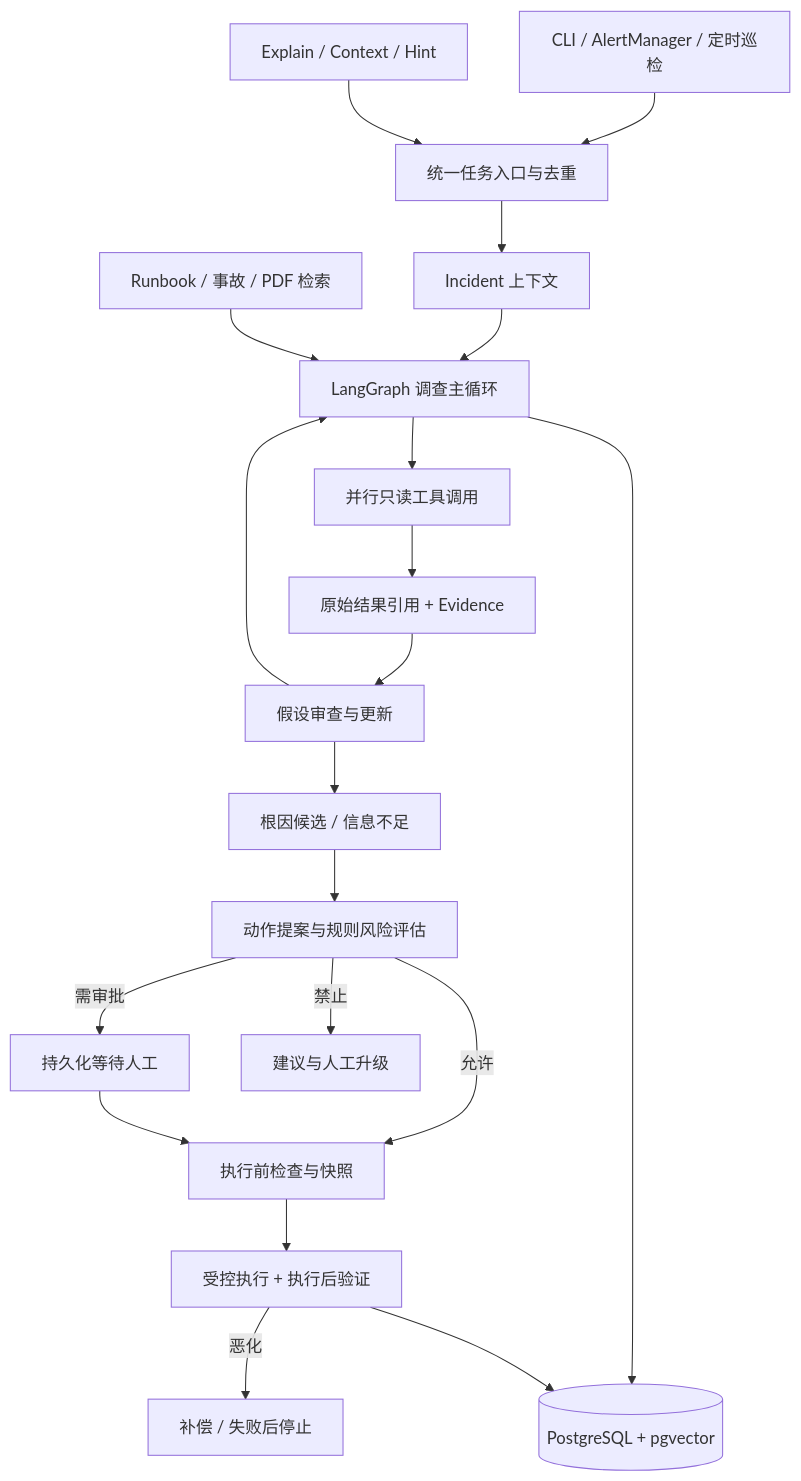
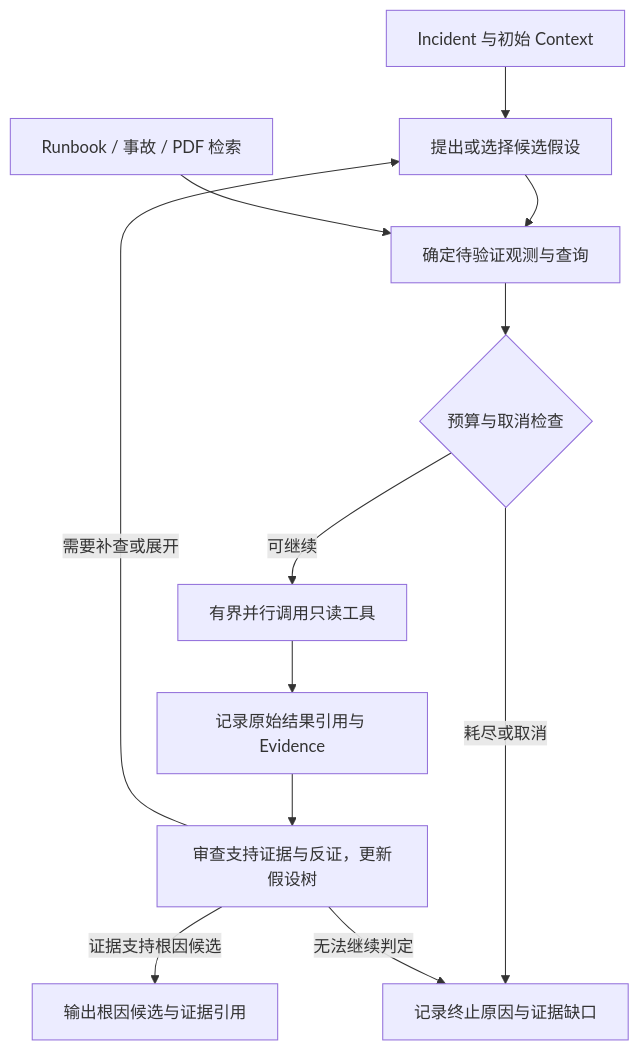
One commit to ZDAN-OvO/vigil-ops-agent changed the third of 7 diagrams in docs/architecture.md. Above: the diagram before and after it, drawn with Mermaid. The commit also changed other lines of this file and 1 other file, not shown here.

Commit message:
docs: 明确 MVP 范围并拆分架构流程图

````diff
--- a/docs/architecture.md
+++ b/docs/architecture.md
@@ -36,22 +78,14 @@
 ```mermaid
 flowchart TD
-    A[CLI / AlertManager / 定时巡检] --> B[统一任务入口与去重]
-    B --> C[Incident 上下文]
-    C --> D[LangGraph 调查主循环]
-    K[Runbook / 事故 / PDF 检索] --> D
-    D --> T[并行只读工具调用]
-    T --> E[原始结果引用 + Evidence]
-    E --> V[假设审查与更新]
-    V --> D
-    V --> R[根因候选 / 信息不足]
-    R --> P[动作提案与规则风险评估]
-    P -->|允许| X[执行前检查与快照]
-    P -->|需审批| H[持久化等待人工]
-    P -->|禁止| N[建议与人工升级]
-    H --> X
-    X --> Y[受控执行 + 执行后验证]
-    Y -->|恶化| U[补偿 / 失败后停止]
-    D --> S[(PostgreSQL + pgvector)]
-    Y --> S
-    Q[Explain / Context / Hint] --> B
+    I[Incident 与初始 Context] --> H[提出或选择候选假设]
+    H --> Q[确定待验证观测与查询]
+    K[Runbook / 事故 / PDF 检索] --> Q
+    Q --> B{预算与取消检查}
+    B -->|可继续| T[有界并行调用只读工具]
+    B -->|耗尽或取消| N[记录终止原因与证据缺口]
+    T --> E[记录原始结果引用与 Evidence]
+    E --> V[审查支持证据与反证，更新假设树]
+    V -->|需要补查或展开| H
+    V -->|证据支持根因候选| R[输出根因候选与证据引用]
+    V -->|无法继续判定| N
 ```
````
